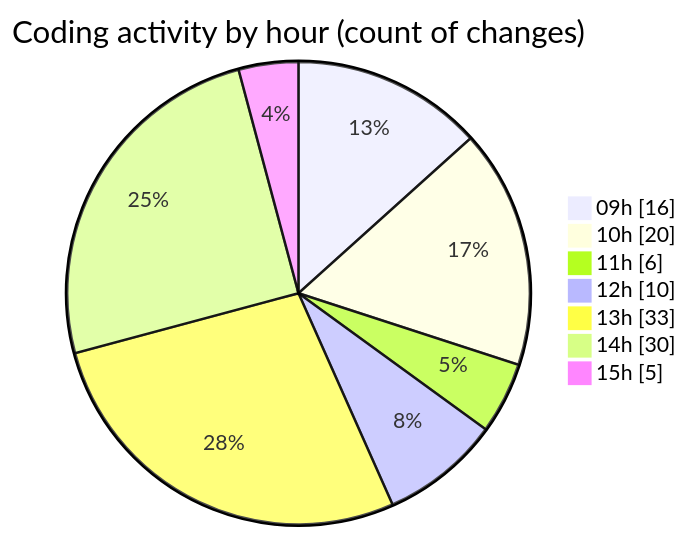
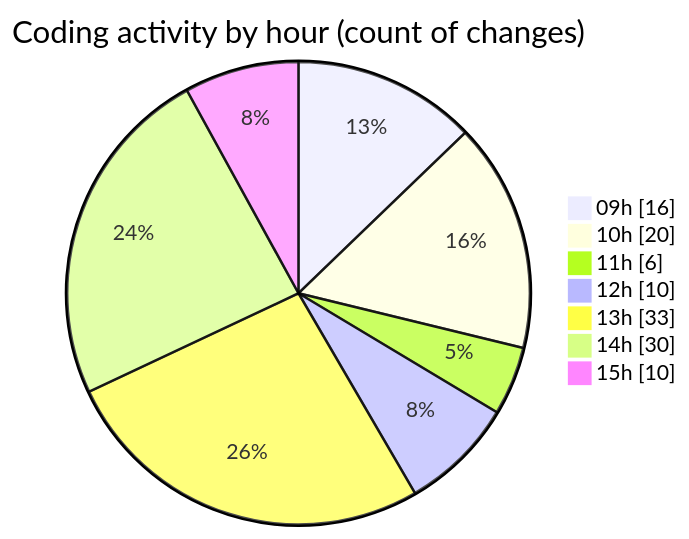
Before and after one commit to momahboobian/code-tracking: the second of 2 diagrams in 2025-05-16/cda/README.md, drawn with Mermaid. The commit also changed other lines of this file and 1 other file, not shown here.

````diff
--- a/2025-05-16/cda/README.md
+++ b/2025-05-16/cda/README.md
@@ -58,11 +58,11 @@
 ```mermaid
 pie showData
 title Coding activity by hour (count of changes)
 "09h" : 16
 "10h" : 20
 "11h" : 6
 "12h" : 10
 "13h" : 33
 "14h" : 30
-"15h" : 5
+"15h" : 10
 ```
````
